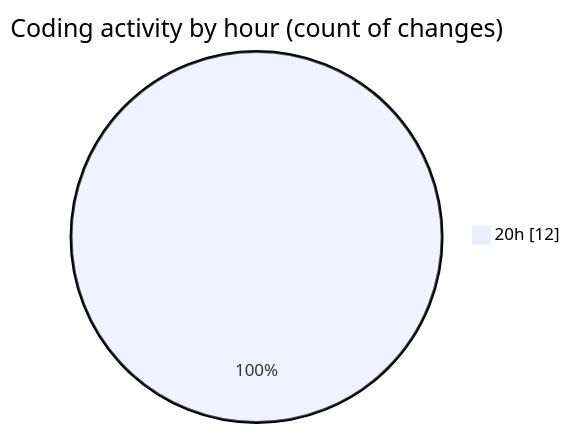
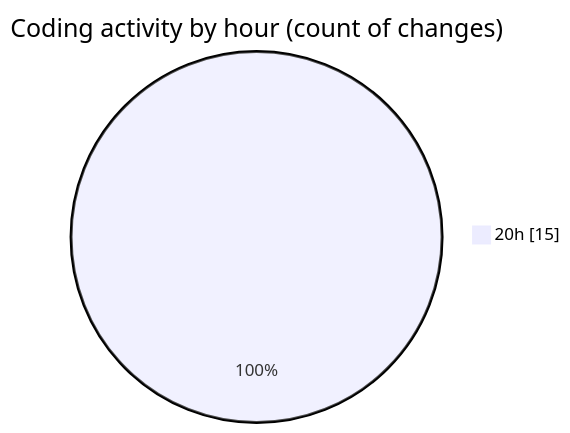
One commit to Netris89/code-tracking changed the second of 2 diagrams in 2025-05-02/date/README.md. Above: the diagram before and after it, drawn with Mermaid. The commit also changed other lines of this file and 1 other file, not shown here.

````diff
--- a/2025-05-02/date/README.md
+++ b/2025-05-02/date/README.md
@@ -30,5 +31,5 @@
 ```mermaid
 pie showData
 title Coding activity by hour (count of changes)
-"20h" : 12
+"20h" : 15
 ```
````
